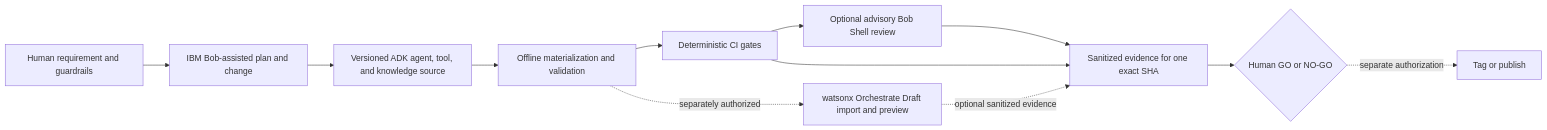
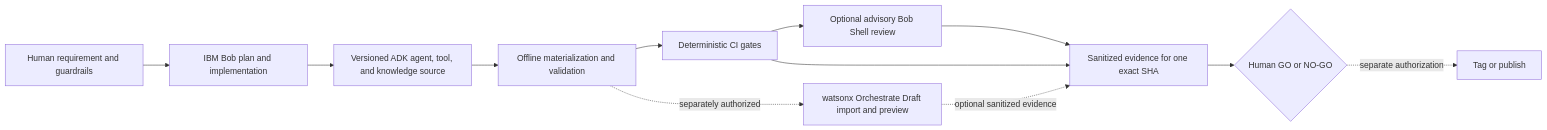
The diagram in docs/case-study.md (AlexMlodawski/acme-agentic-sdlc-lab), drawn with Mermaid before and after one commit. The commit also changed other lines of this file and 20 other files, not shown here.

````diff
--- a/docs/case-study.md
+++ b/docs/case-study.md
@@ -44,14 +43,14 @@
 ```mermaid
 flowchart LR
-  Requirement[Human requirement and guardrails] --> Bob[IBM Bob-assisted plan and change]
+  Requirement[Human requirement and guardrails] --> Bob[IBM Bob plan and implementation]
   Bob --> Source[Versioned ADK agent, tool, and knowledge source]
   Source --> Local[Offline materialization and validation]
   Local -. separately authorized .-> Draft[watsonx Orchestrate Draft import and preview]
   Local --> CI[Deterministic CI gates]
   CI --> Shell[Optional advisory Bob Shell review]
   Shell --> Evidence[Sanitized evidence for one exact SHA]
   CI --> Evidence
   Draft -. optional sanitized evidence .-> Evidence
   Evidence --> Decision{Human GO or NO-GO}
   Decision -. separate authorization .-> Release[Tag or publish]
 ```
````
